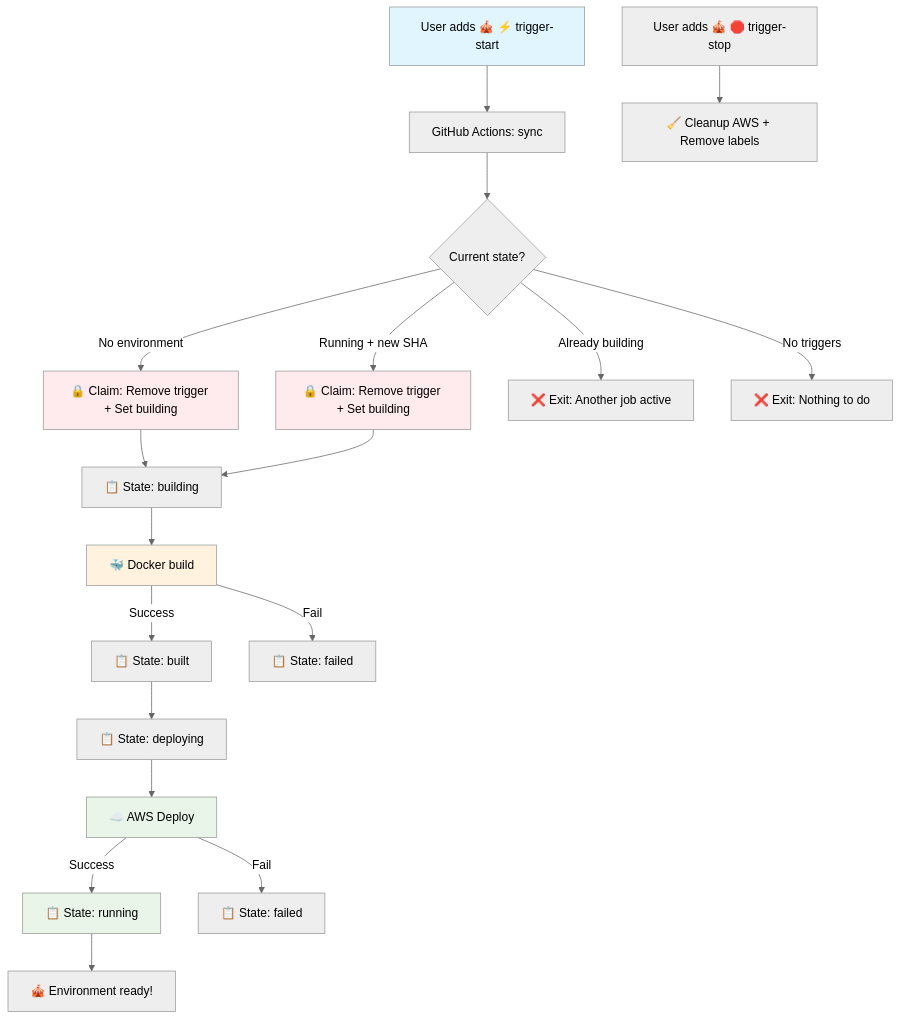
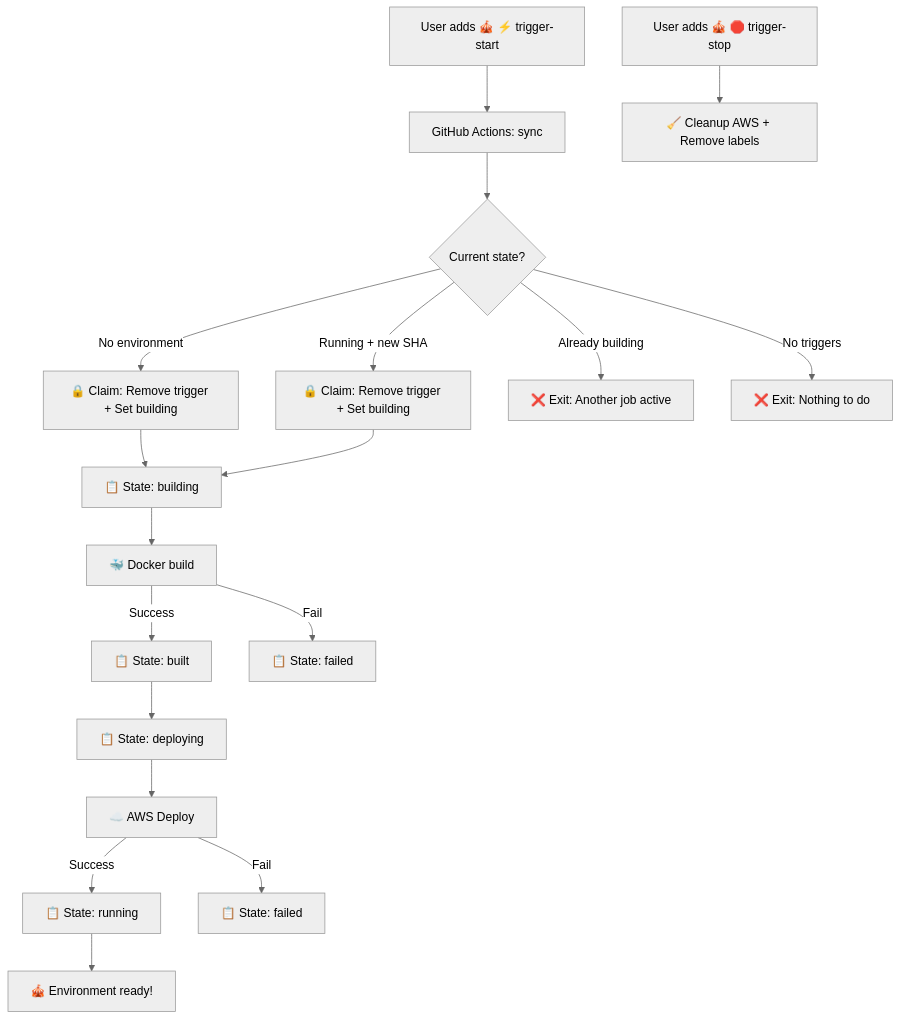
Before and after one commit to mistercrunch/superset-showtime: the diagram in README.md, drawn with Mermaid (neutral theme).

Commit message:
style: remove custom Mermaid colors for better dark mode compatibility
- Remove custom fill colors from flowchart
- Let Mermaid use default theme that respects OS dark mode
- Improve accessibility and consistency across themes

🤖 Generated with [Claude Code](https://claude.ai/code)

````diff
--- a/README.md
+++ b/README.md
@@ -53,32 +53,25 @@
 ```mermaid
 flowchart TD
     A[User adds 🎪 ⚡ trigger-start] --> B[GitHub Actions: sync]
     B --> C{Current state?}
 
     C -->|No environment| D[🔒 Claim: Remove trigger + Set building]
     C -->|Running + new SHA| E[🔒 Claim: Remove trigger + Set building]
     C -->|Already building| F[❌ Exit: Another job active]
     C -->|No triggers| G[❌ Exit: Nothing to do]
 
     D --> H[📋 State: building]
     E --> H
     H --> I[🐳 Docker build]
     I -->|Success| J[📋 State: built]
     I -->|Fail| K[📋 State: failed]
 
     J --> L[📋 State: deploying]
     L --> M[☁️ AWS Deploy]
     M -->|Success| N[📋 State: running]
     M -->|Fail| O[📋 State: failed]
 
     N --> P[🎪 Environment ready!]
 
     Q[User adds 🎪 🛑 trigger-stop] --> R[🧹 Cleanup AWS + Remove labels]
-
-    style A fill:#e1f5fe
-    style D fill:#ffebee
-    style E fill:#ffebee
-    style I fill:#fff3e0
-    style M fill:#e8f5e8
-    style N fill:#e8f5e8
 ```
````
